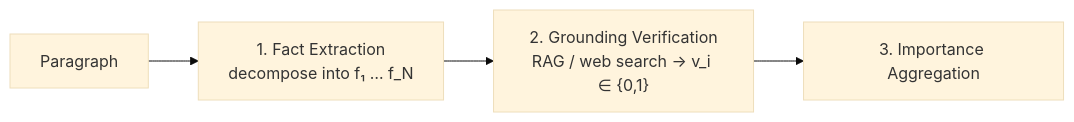
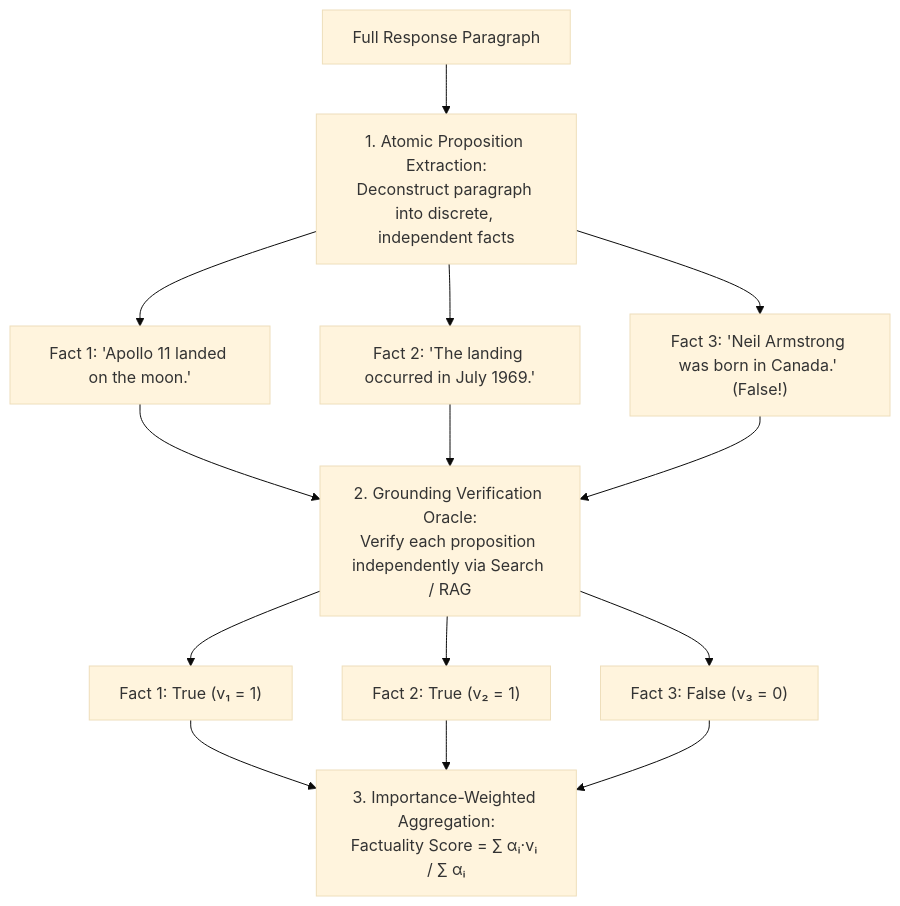
Before and after one commit to 1345AbhishekKumar/cs-cookbook: the fourth of 6 diagrams in content/docs/ai-agents/agentic-ai/08-llm-evaluation-and-benchmarks.mdx, drawn with Mermaid (base theme). The commit also changed other lines of this file and 299 other files, not shown here.

````diff
--- a/content/docs/ai-agents/agentic-ai/08-llm-evaluation-and-benchmarks.mdx
+++ b/content/docs/ai-agents/agentic-ai/08-llm-evaluation-and-benchmarks.mdx
@@ -87,6 +146,15 @@
 ```mermaid
-flowchart LR
-    P["Paragraph"] --> F["1. Fact Extraction<br/>decompose into f₁ … f_N"]
-    F --> G["2. Grounding Verification<br/>RAG / web search → v_i ∈ {0,1}"]
-    G --> A["3. Importance Aggregation"]
+flowchart TD
+    Text["Full Response Paragraph"] --> Decomp["1. Atomic Proposition Extraction:<br/>Deconstruct paragraph into discrete, independent facts"]
+    Decomp --> P1["Fact 1: 'Apollo 11 landed on the moon.'"]
+    Decomp --> P2["Fact 2: 'The landing occurred in July 1969.'"]
+    Decomp --> P3["Fact 3: 'Neil Armstrong was born in Canada.' (False!)"]
+    
+    P1 & P2 & P3 --> Verify["2. Grounding Verification Oracle:<br/>Verify each proposition independently via Search / RAG"]
+    
+    Verify --> V1["Fact 1: True (v₁ = 1)"]
+    Verify --> V2["Fact 2: True (v₂ = 1)"]
+    Verify --> V3["Fact 3: False (v₃ = 0)"]
+    
+    V1 & V2 & V3 --> Agg["3. Importance-Weighted Aggregation:<br/>Factuality Score = ∑ αᵢ·vᵢ / ∑ αᵢ"]
 ```
````
